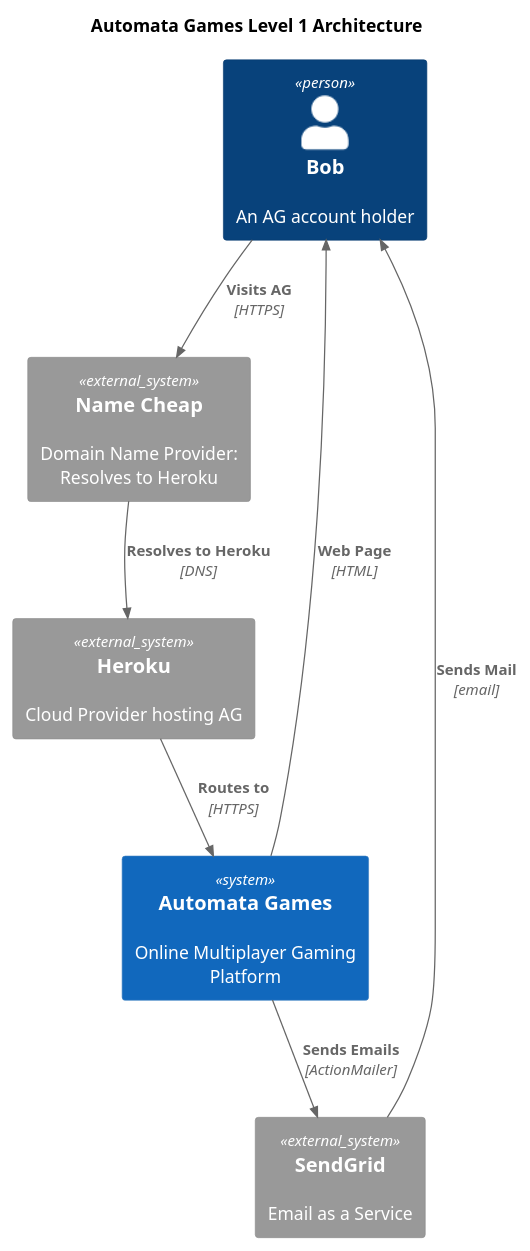
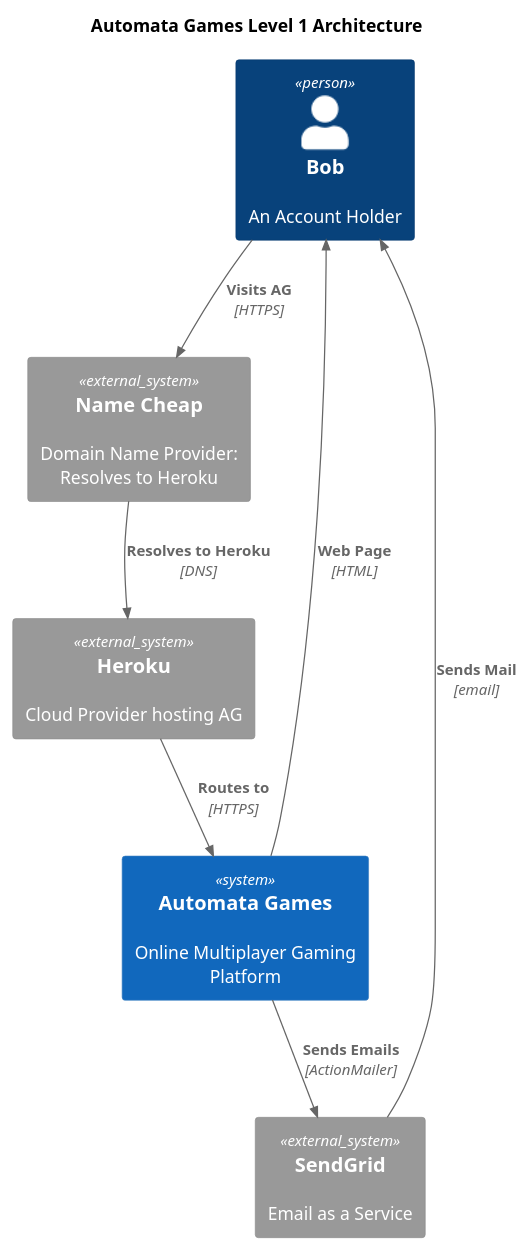
The diagram in docs/diagrams/src/context_overview.puml (kyle-rader/rust-web-app), drawn with PlantUML before and after one commit. The commit also changed 4 other files, not shown here.

Commit message:
add level2 container diagram

```diff
--- a/docs/diagrams/src/context_overview.puml
+++ b/docs/diagrams/src/context_overview.puml
@@ -1,16 +1,16 @@
 @startuml ag_level1
 !include <C4/C4_Container>
 title Automata Games Level 1 Architecture
-Person(ubob, "Bob", "An AG account holder")
+Person(ubob, "Bob", "An Account Holder")
 System_Ext(namecheap, "Name Cheap", "Domain Name Provider: Resolves to Heroku")
 System_Ext(hk, "Heroku", "Cloud Provider hosting AG")
 System(ag, "Automata Games", "Online Multiplayer Gaming Platform")
 System_Ext(sendgrid, "SendGrid", "Email as a Service")
 
 Rel_D(ubob, namecheap, "Visits AG", "HTTPS")
 Rel(namecheap, hk, "Resolves to Heroku", "DNS")
 Rel(hk, ag, "Routes to", "HTTPS")
 Rel(ag, sendgrid, "Sends Emails", "ActionMailer")
 Rel(sendgrid, ubob, "Sends Mail", "email")
 Rel(ag, ubob, "Web Page", "HTML")
 @enduml
```
